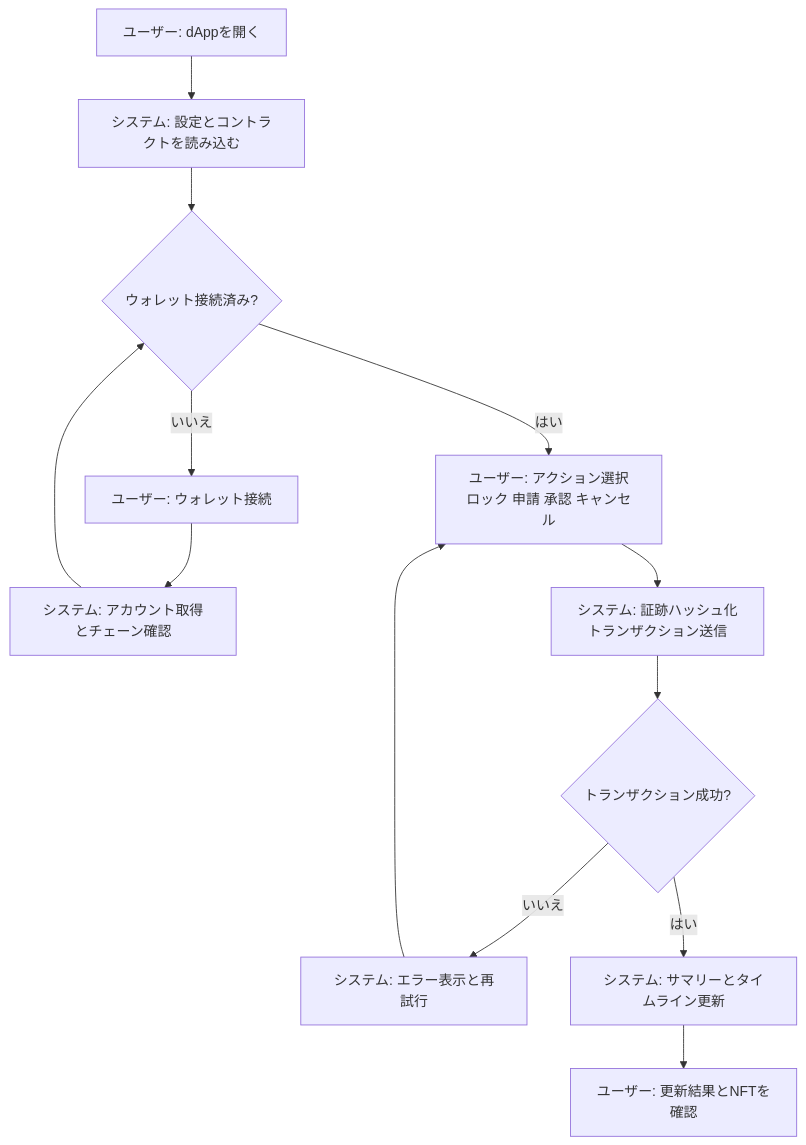
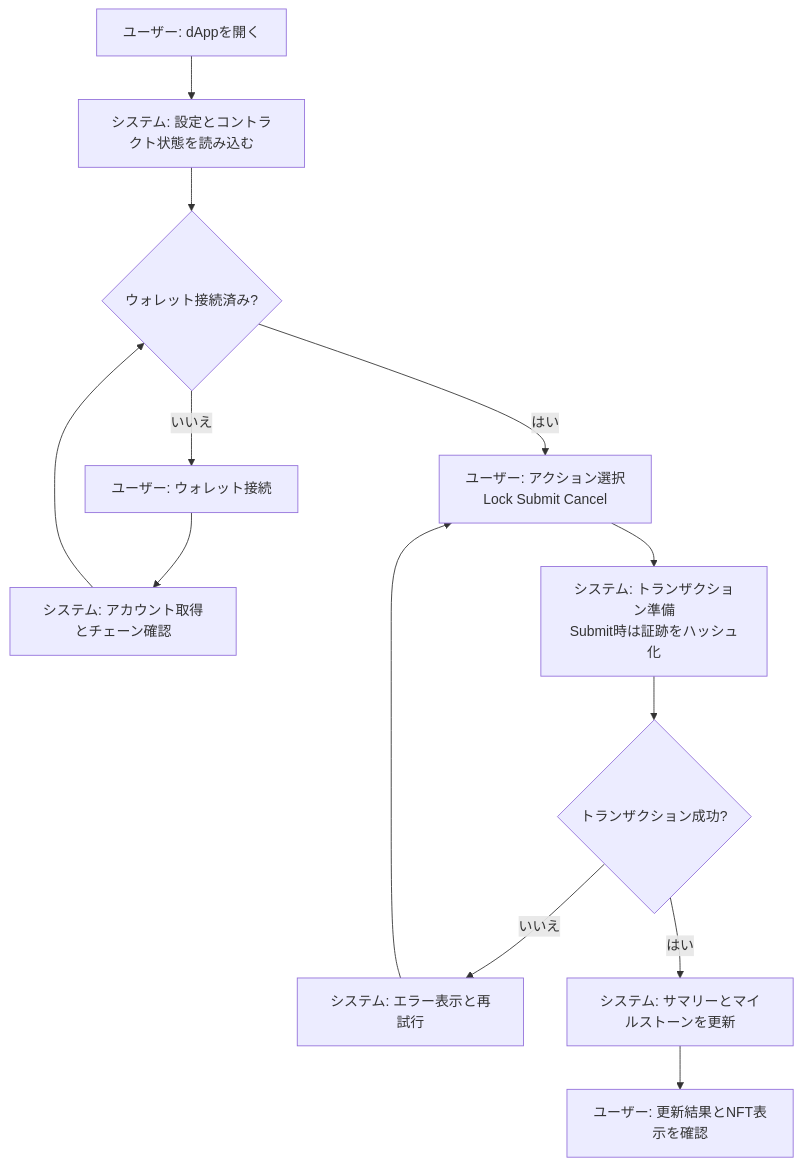
Before and after one commit to usagi917/B2B_payment: the first of 2 diagrams in README.md, drawn with Mermaid. The commit also changed other lines of this file and 18 other files, not shown here.

````diff
--- a/README.md
+++ b/README.md
@@ -80,15 +83,15 @@
 ```mermaid
 graph TD
-  A[ユーザー: dAppを開く] --> B[システム: 設定とコントラクトを読み込む]
+  A[ユーザー: dAppを開く] --> B[システム: 設定とコントラクト状態を読み込む]
   B --> C{ウォレット接続済み?}
   C -->|いいえ| D[ユーザー: ウォレット接続]
   D --> E[システム: アカウント取得とチェーン確認]
   E --> C
-  C -->|はい| F[ユーザー: アクション選択<br/>ロック 申請 承認 キャンセル]
-  F --> G[システム: 証跡ハッシュ化<br/>トランザクション送信]
+  C -->|はい| F[ユーザー: アクション選択<br/>Lock Submit Cancel]
+  F --> G[システム: トランザクション準備<br/>Submit時は証跡をハッシュ化]
   G --> H{トランザクション成功?}
   H -->|いいえ| I[システム: エラー表示と再試行]
   I --> F
-  H -->|はい| J[システム: サマリーとタイムライン更新]
-  J --> K[ユーザー: 更新結果とNFTを確認]
+  H -->|はい| J[システム: サマリーとマイルストーンを更新]
+  J --> K[ユーザー: 更新結果とNFT表示を確認]
 ```
````
